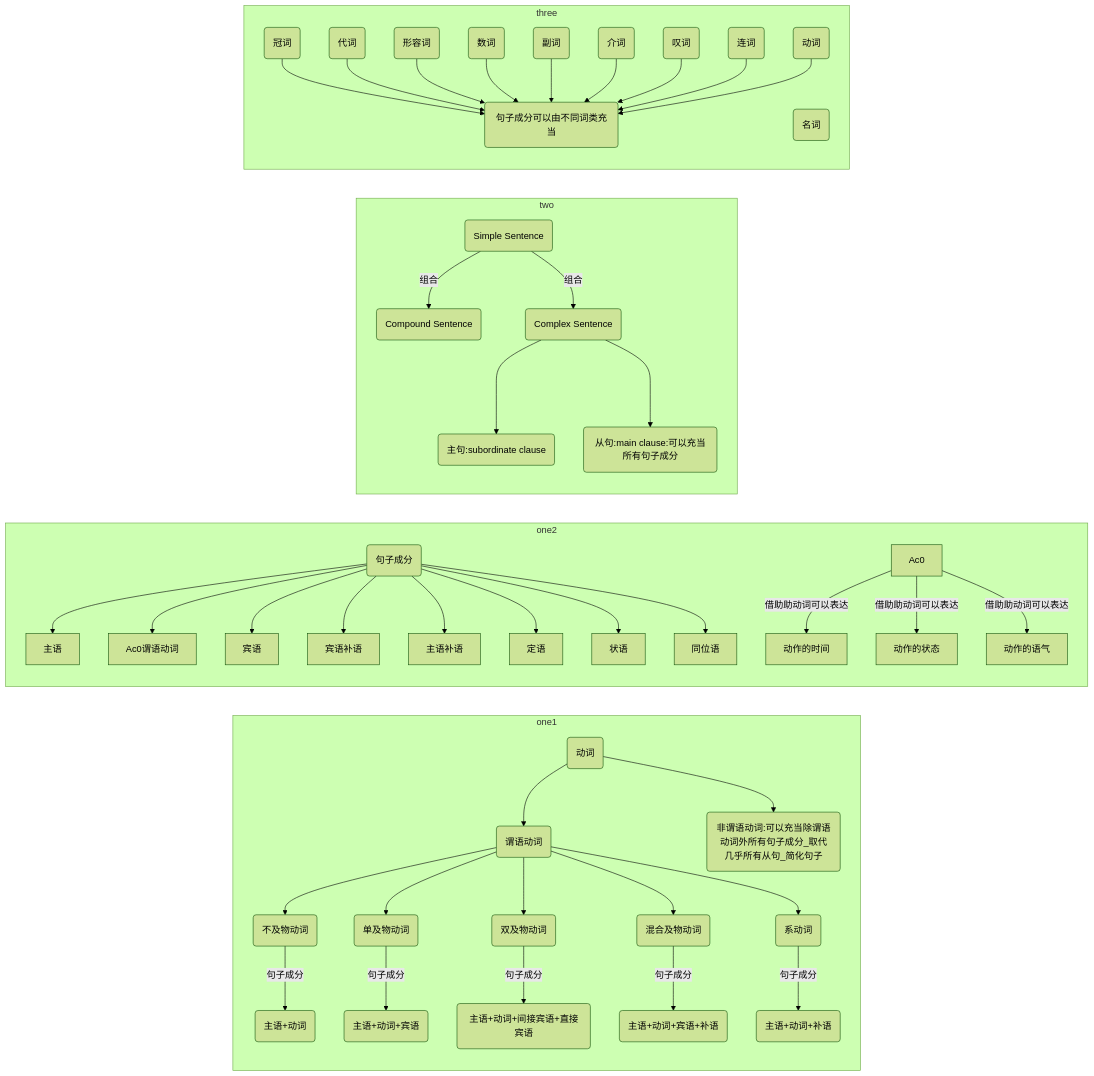
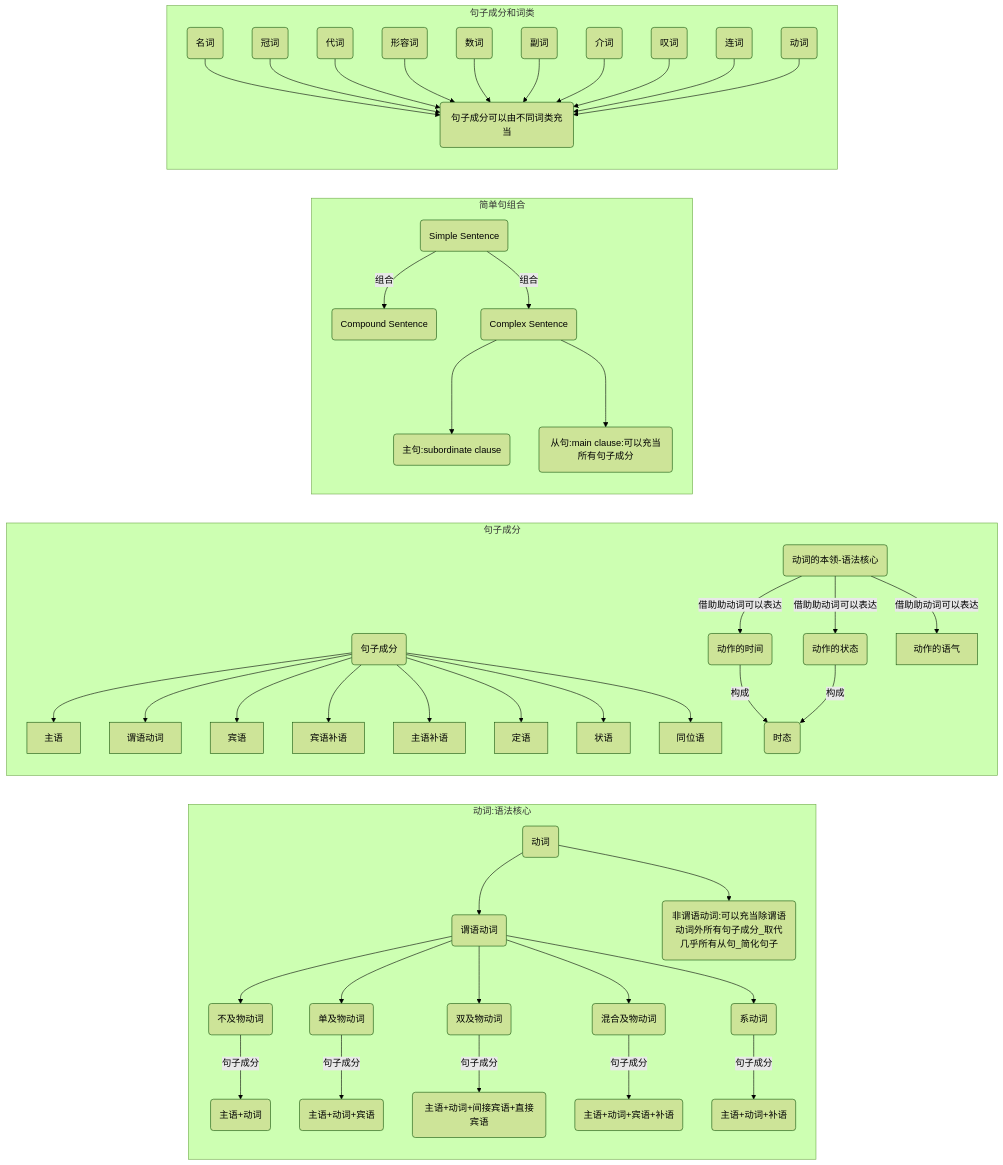
One commit to huiruo/language-learning changed the diagram in English-learning/02-grammar/04_总结.md. Above: the diagram before and after it, drawn with Mermaid (forest theme). The commit also changed 289 other files, not shown here.

````diff
--- a/English-learning/02-grammar/04_总结.md
+++ b/English-learning/02-grammar/04_总结.md
@@ -8,60 +8,63 @@
 ```mermaid
 flowchart RL
-    subgraph one1
+    subgraph one1[动词:语法核心]
       A1(动词)
       A1-->A2(谓语动词)
       A1-->A3(非谓语动词:可以充当除谓语动词外所有句子成分_取代几乎所有从句_简化句子)
 
       A2-->A2A(不及物动词)
       A2-->A2B(单及物动词)
       A2-->A2C(双及物动词)
       A2-->A2D(混合及物动词)
       A2-->A2E(系动词)
 
       A2A--句子成分-->A2A1(主语+动词)
       A2B--句子成分-->A2B1(主语+动词+宾语)
       A2C--句子成分-->A2C1(主语+动词+间接宾语+直接宾语)
       A2D--句子成分-->A2D1(主语+动词+宾语+补语)
       A2E--句子成分-->A2E1(主语+动词+补语)
     end
 
-    subgraph one2
+    subgraph one2[句子成分]
       Ac(句子成分)
       Ac-->主语
-      Ac-->Ac0谓语动词
+      Ac-->谓语动词
       Ac-->宾语
       Ac-->宾语补语
       Ac-->主语补语
       Ac-->定语
       Ac-->状语
       Ac-->同位语
 
-      Ac0--借助助动词可以表达-->动作的时间
-      Ac0--借助助动词可以表达-->动作的状态
+      Ac0(动词的本领-语法核心)
+      Ac0--借助助动词可以表达-->AcA(动作的时间)--构成-->AcB1
+      Ac0--借助助动词可以表达-->AcB(动作的状态)--构成-->AcB1
       Ac0--借助助动词可以表达-->动作的语气
+
+      AcB1(时态)
 
     %% Ac1(助动词)
     end
 
-    subgraph two
+    subgraph two[简单句组合]
       B1(Simple Sentence)--组合-->B2A(Compound Sentence)
       B1--组合-->B2B(Complex Sentence)
 
       B2B--->B2B1(主句:subordinate clause)
       B2B--->B2B2(从句:main clause:可以充当所有句子成分)
     end
 
-    subgraph three
+    subgraph three[句子成分和词类]
       C1(句子成分可以由不同词类充当)
-      Nouns(名词)
+      Nouns(名词)-->C1
       Articles(冠词)-->C1
       Pronouns(代词)-->C1
       Adjectives(形容词)-->C1
       Numerals(数词)-->C1
       Adverbs(副词)-->C1
       Prepositions(介词)-->C1
       Interjections(叹词)-->C1
       Conjunctions(连词)-->C1
       verbs(动词)-->C1
     end
 ```
````
